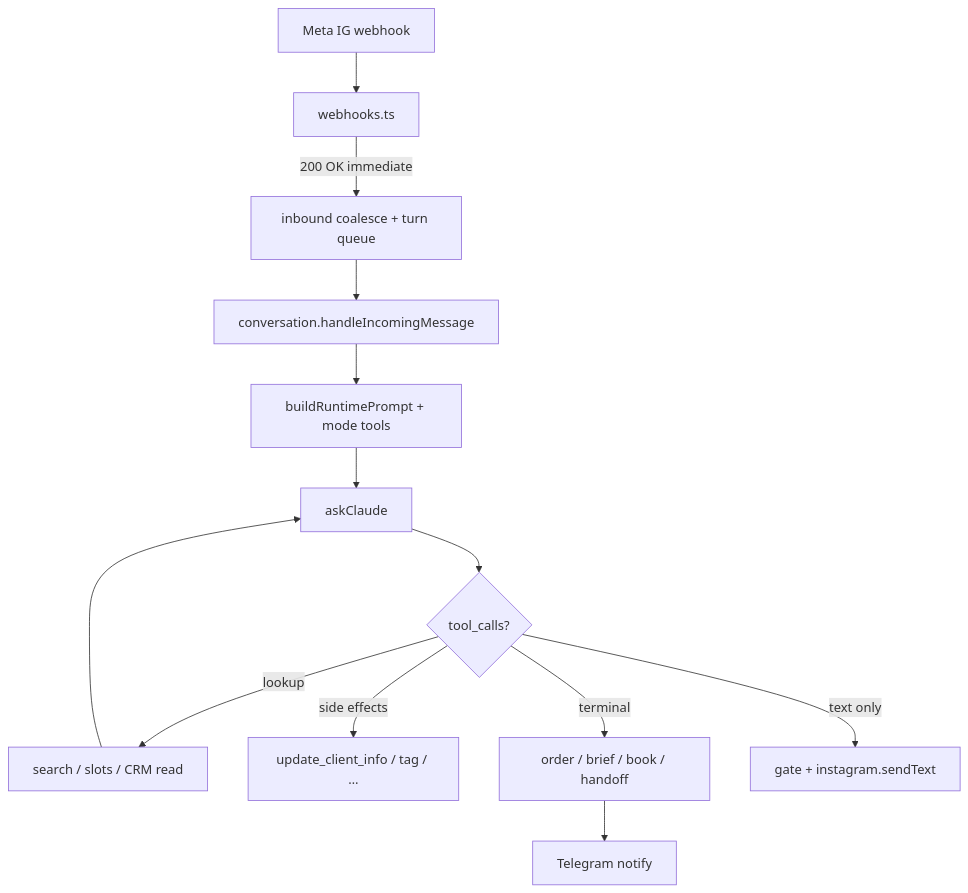
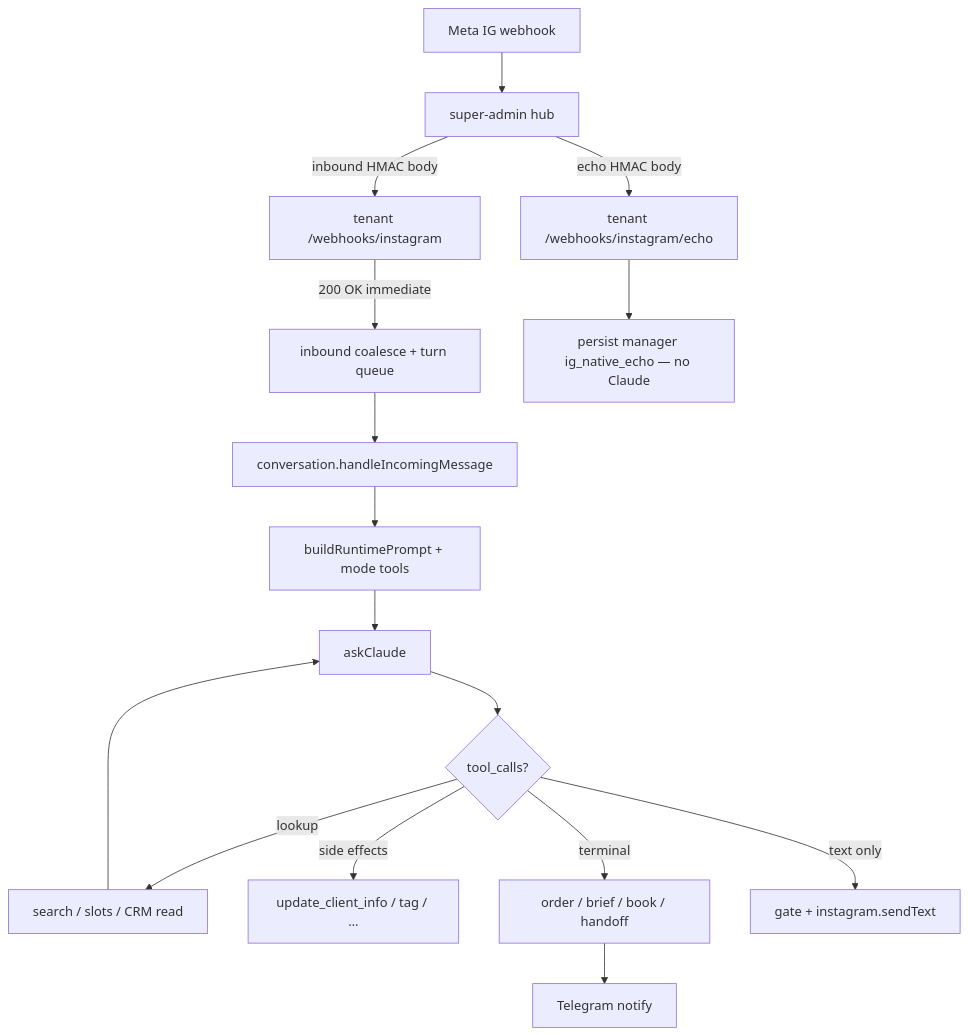
Before and after one commit to danylo-pavenko/platform-ai-agent-direct: the diagram in docs/AGENT_RUNTIME.md, drawn with Mermaid. The commit also changed 33 other files, not shown here.

First line of the commit message:
Show native Instagram manager replies in admin via a dedicated echo webhook

````diff
--- a/docs/AGENT_RUNTIME.md
+++ b/docs/AGENT_RUNTIME.md
@@ -24,16 +24,18 @@
 ```mermaid
 flowchart TD
-  A[Meta IG webhook] --> B[webhooks.ts]
+  A[Meta IG webhook] --> Hub[super-admin hub]
+  Hub -->|inbound HMAC body| B["tenant /webhooks/instagram"]
+  Hub -->|echo HMAC body| X["tenant /webhooks/instagram/echo"]
   B -->|200 OK immediate| C[inbound coalesce + turn queue]
   C --> D[conversation.handleIncomingMessage]
   D --> E[buildRuntimePrompt + mode tools]
   E --> F[askClaude]
-
+  X --> Y[persist manager ig_native_echo — no Claude]
   F --> G{tool_calls?}
-  G -->|lookup| H[search / slots / CRM read]
-  H --> F
+  G -->|lookup| Lookup[search / slots / CRM read]
+  Lookup --> F
   G -->|side effects| I[update_client_info / tag / …]
   G -->|terminal| J[order / brief / book / handoff]
   J --> K[Telegram notify]
   G -->|text only| L[gate + instagram.sendText]
 ```
````
